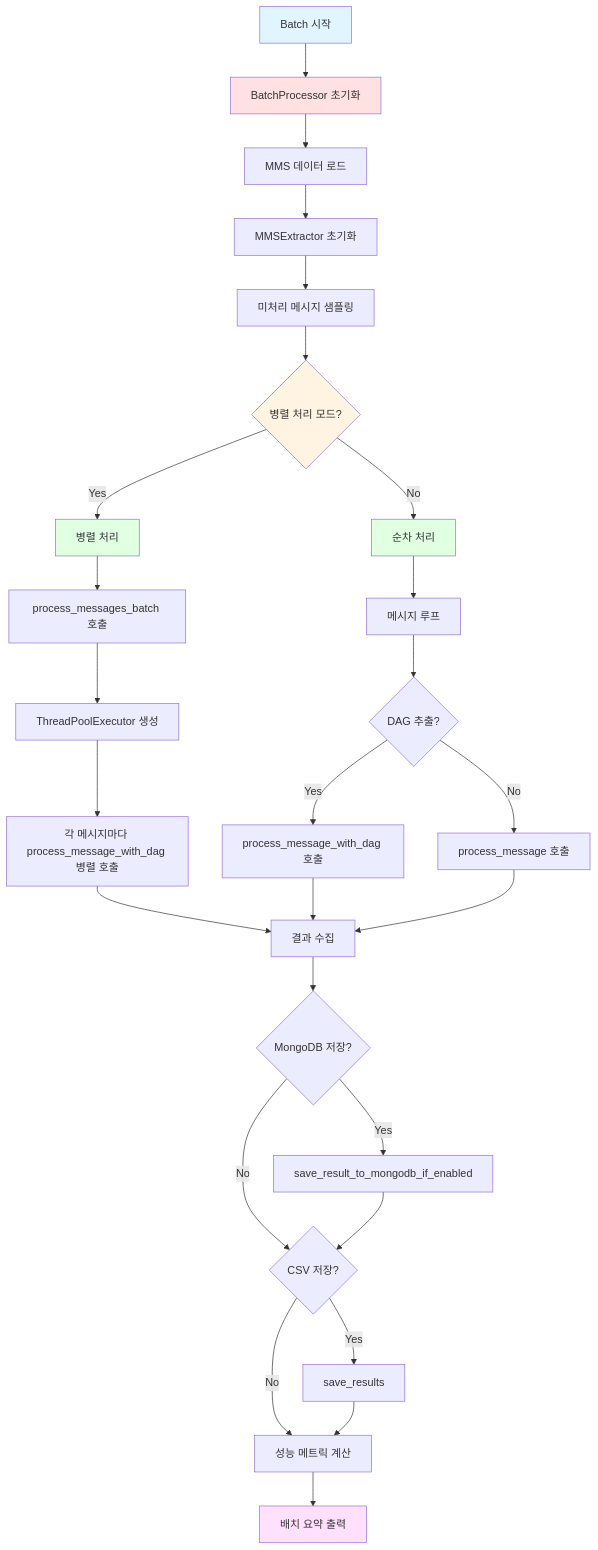
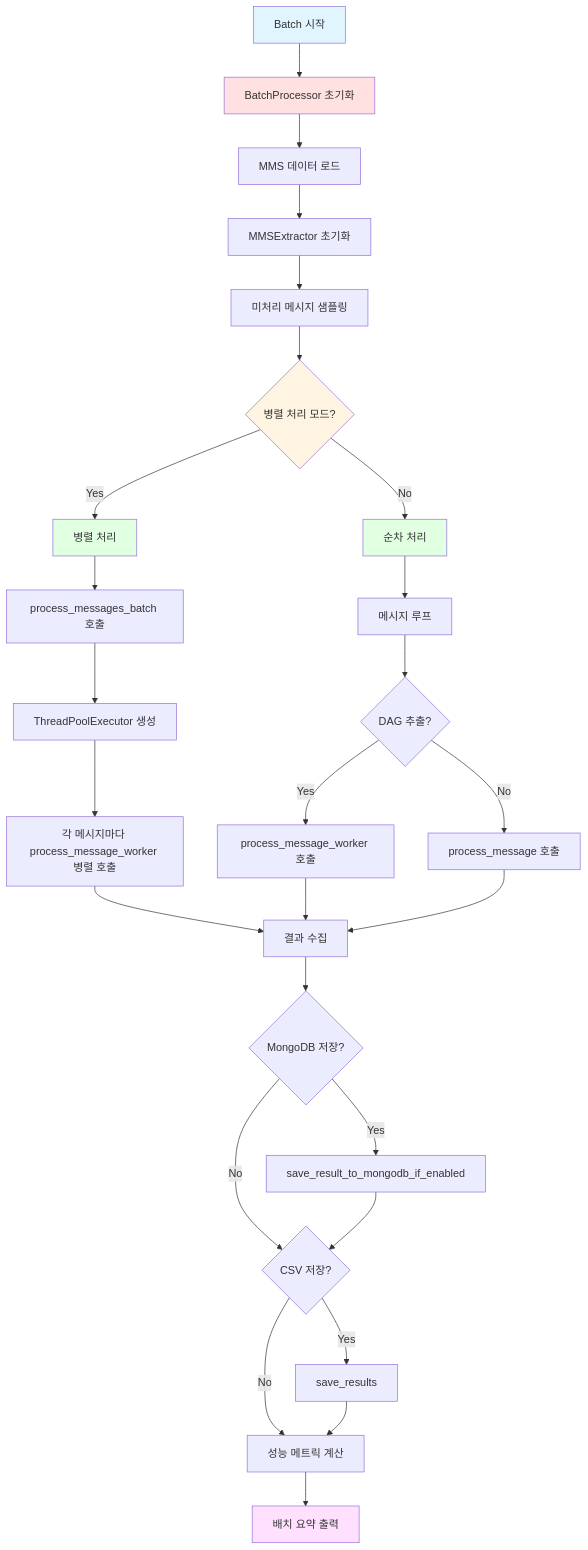
Before and after one commit to yonggoghi/AgenticWorkflow: the second of 2 diagrams in mms_extractor_exp/docs/EXECUTION_FLOW.md, drawn with Mermaid. The commit also changed other lines of this file and 5 other files, not shown here.

First line of the commit message:
refactor: rename process_message_with_dag to process_message_worker

````diff
--- a/mms_extractor_exp/docs/EXECUTION_FLOW.md
+++ b/mms_extractor_exp/docs/EXECUTION_FLOW.md
@@ -717,39 +717,39 @@
 ```mermaid
 graph TB
     A[Batch 시작] --> B[BatchProcessor 초기화]
     B --> C[MMS 데이터 로드]
     C --> D[MMSExtractor 초기화]
     D --> E[미처리 메시지 샘플링]
     E --> F{병렬 처리 모드?}
     
     F -->|Yes| G[병렬 처리]
     F -->|No| H[순차 처리]
     
     G --> G1[process_messages_batch 호출]
     G1 --> G2[ThreadPoolExecutor 생성]
-    G2 --> G3[각 메시지마다 process_message_with_dag 병렬 호출]
+    G2 --> G3[각 메시지마다 process_message_worker 병렬 호출]
     G3 --> I[결과 수집]
     
     H --> H1[메시지 루프]
     H1 --> H2{DAG 추출?}
-    H2 -->|Yes| H3[process_message_with_dag 호출]
+    H2 -->|Yes| H3[process_message_worker 호출]
     H2 -->|No| H4[process_message 호출]
     H3 --> I
     H4 --> I
     
     I --> J{MongoDB 저장?}
     J -->|Yes| K[save_result_to_mongodb_if_enabled]
     J -->|No| L
     K --> L{CSV 저장?}
     L -->|Yes| M[save_results]
     L -->|No| N[성능 메트릭 계산]
     M --> N
     N --> O[배치 요약 출력]
     
     style A fill:#e1f5ff
     style B fill:#ffe1e1
     style F fill:#fff4e1
     style G fill:#e1ffe1
     style H fill:#e1ffe1
     style O fill:#ffe1ff
 ```
````
